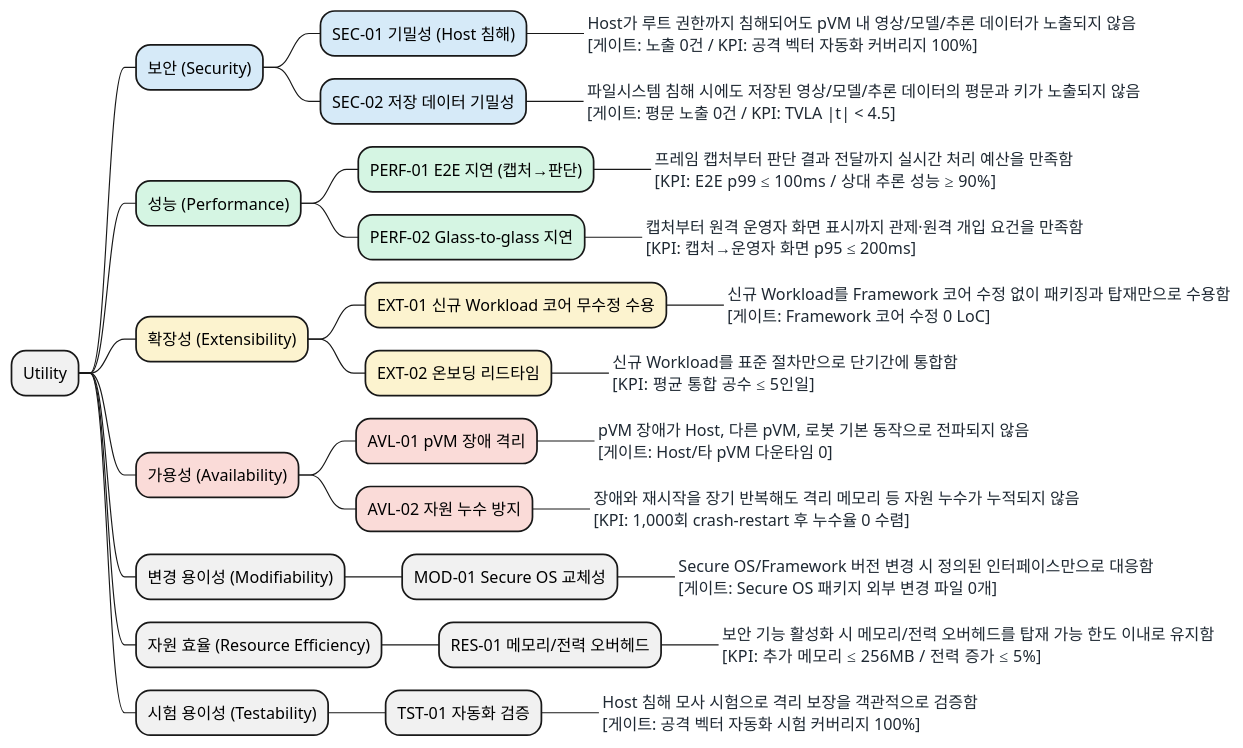
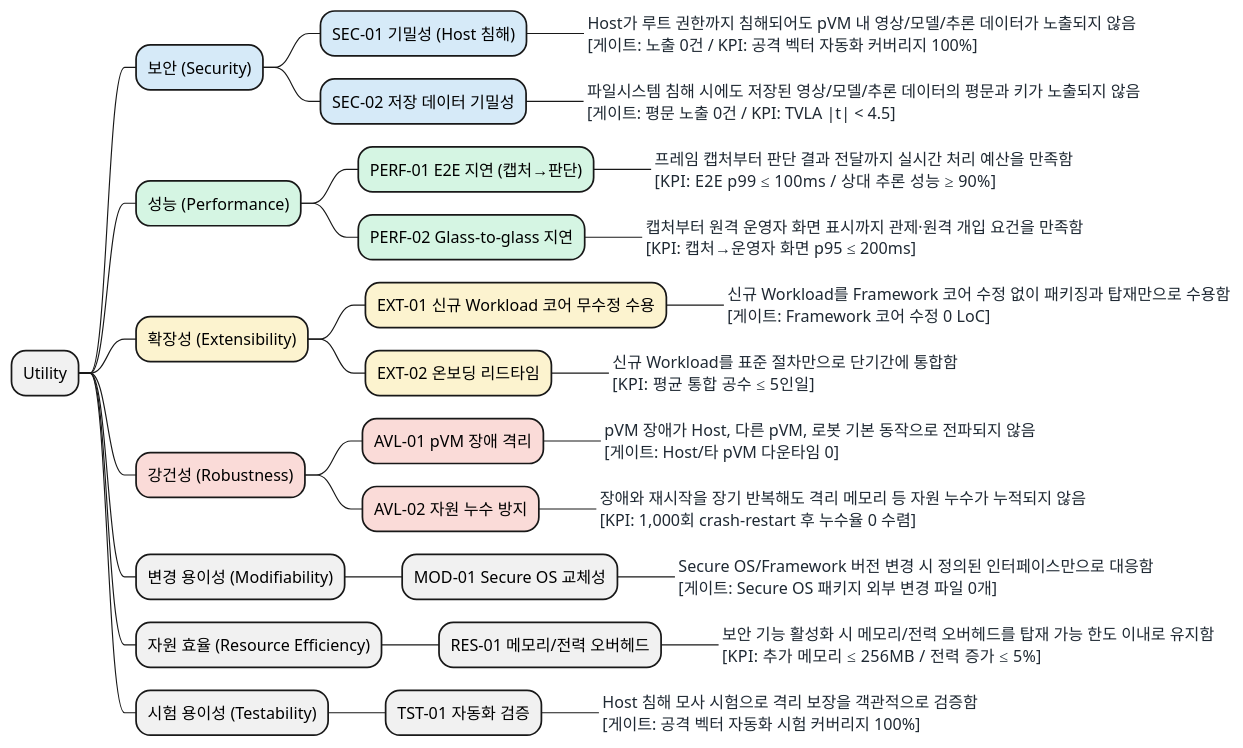
The diagram in docs/03_utility_tree.md (boram1288/test-p), drawn with PlantUML before and after one commit. The commit also changed other lines of this file, not shown here.

````diff
--- a/docs/03_utility_tree.md
+++ b/docs/03_utility_tree.md
@@ -27,41 +28,41 @@
 ```plantuml
 @startmindmap
 <style>
 mindmapDiagram {
   boxless {
     FontColor #1F2933
   }
 }
 </style>
 * Utility
 **[#D6EAF8] 보안 (Security)
 ***[#D6EAF8] SEC-01 기밀성 (Host 침해)
 ****_ Host가 루트 권한까지 침해되어도 pVM 내 영상/모델/추론 데이터가 노출되지 않음\n[게이트: 노출 0건 / KPI: 공격 벡터 자동화 커버리지 100%]
 ***[#D6EAF8] SEC-02 저장 데이터 기밀성
 ****_ 파일시스템 침해 시에도 저장된 영상/모델/추론 데이터의 평문과 키가 노출되지 않음\n[게이트: 평문 노출 0건 / KPI: TVLA |t| < 4.5]
 **[#D5F5E3] 성능 (Performance)
 ***[#D5F5E3] PERF-01 E2E 지연 (캡처→판단)
 ****_ 프레임 캡처부터 판단 결과 전달까지 실시간 처리 예산을 만족함\n[KPI: E2E p99 ≤ 100ms / 상대 추론 성능 ≥ 90%]
 ***[#D5F5E3] PERF-02 Glass-to-glass 지연
 ****_ 캡처부터 원격 운영자 화면 표시까지 관제·원격 개입 요건을 만족함\n[KPI: 캡처→운영자 화면 p95 ≤ 200ms]
 **[#FCF3CF] 확장성 (Extensibility)
 ***[#FCF3CF] EXT-01 신규 Workload 코어 무수정 수용
 ****_ 신규 Workload를 Framework 코어 수정 없이 패키징과 탑재만으로 수용함\n[게이트: Framework 코어 수정 0 LoC]
 ***[#FCF3CF] EXT-02 온보딩 리드타임
 ****_ 신규 Workload를 표준 절차만으로 단기간에 통합함\n[KPI: 평균 통합 공수 ≤ 5인일]
-**[#FADBD8] 가용성 (Availability)
+**[#FADBD8] 강건성 (Robustness)
 ***[#FADBD8] AVL-01 pVM 장애 격리
 ****_ pVM 장애가 Host, 다른 pVM, 로봇 기본 동작으로 전파되지 않음\n[게이트: Host/타 pVM 다운타임 0]
 ***[#FADBD8] AVL-02 자원 누수 방지
 ****_ 장애와 재시작을 장기 반복해도 격리 메모리 등 자원 누수가 누적되지 않음\n[KPI: 1,000회 crash-restart 후 누수율 0 수렴]
 ** 변경 용이성 (Modifiability)
 *** MOD-01 Secure OS 교체성
 ****_ Secure OS/Framework 버전 변경 시 정의된 인터페이스만으로 대응함\n[게이트: Secure OS 패키지 외부 변경 파일 0개]
 ** 자원 효율 (Resource Efficiency)
 *** RES-01 메모리/전력 오버헤드
 ****_ 보안 기능 활성화 시 메모리/전력 오버헤드를 탑재 가능 한도 이내로 유지함\n[KPI: 추가 메모리 ≤ 256MB / 전력 증가 ≤ 5%]
 ** 시험 용이성 (Testability)
 *** TST-01 자동화 검증
 ****_ Host 침해 모사 시험으로 격리 보장을 객관적으로 검증함\n[게이트: 공격 벡터 자동화 시험 커버리지 100%]
 @endmindmap
 ```
````
